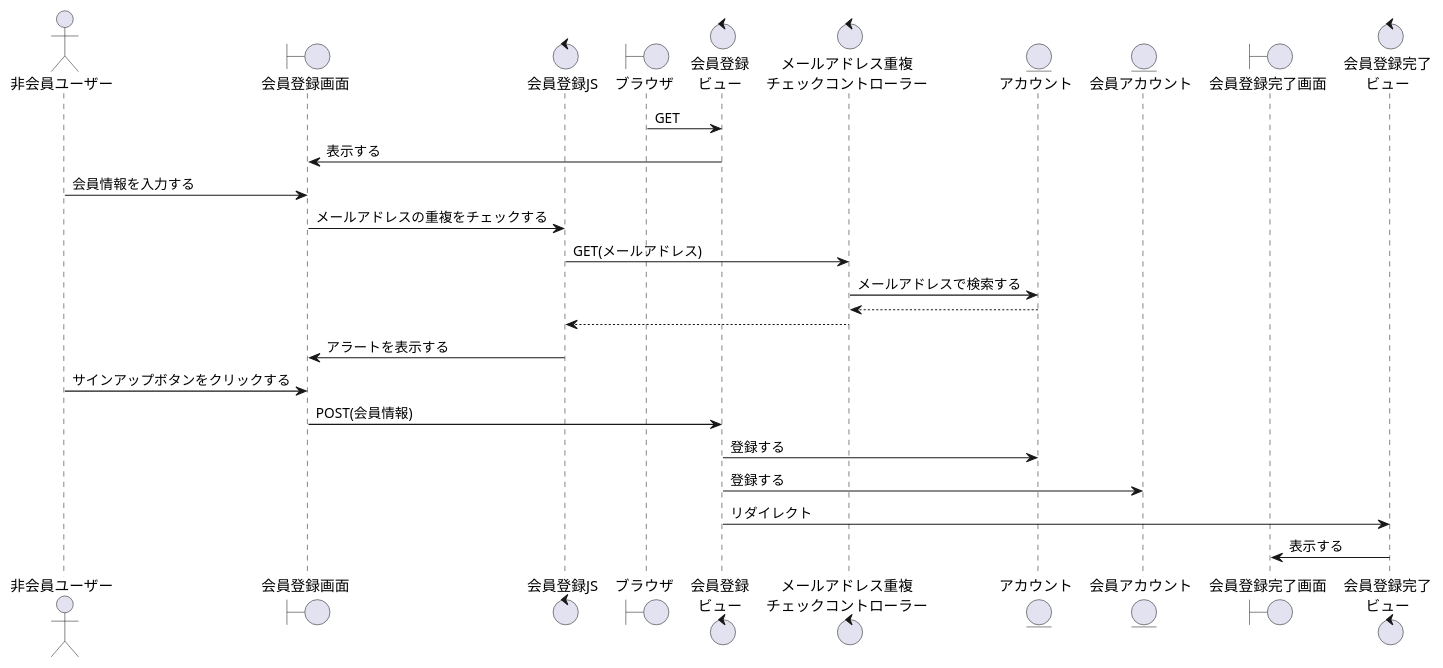
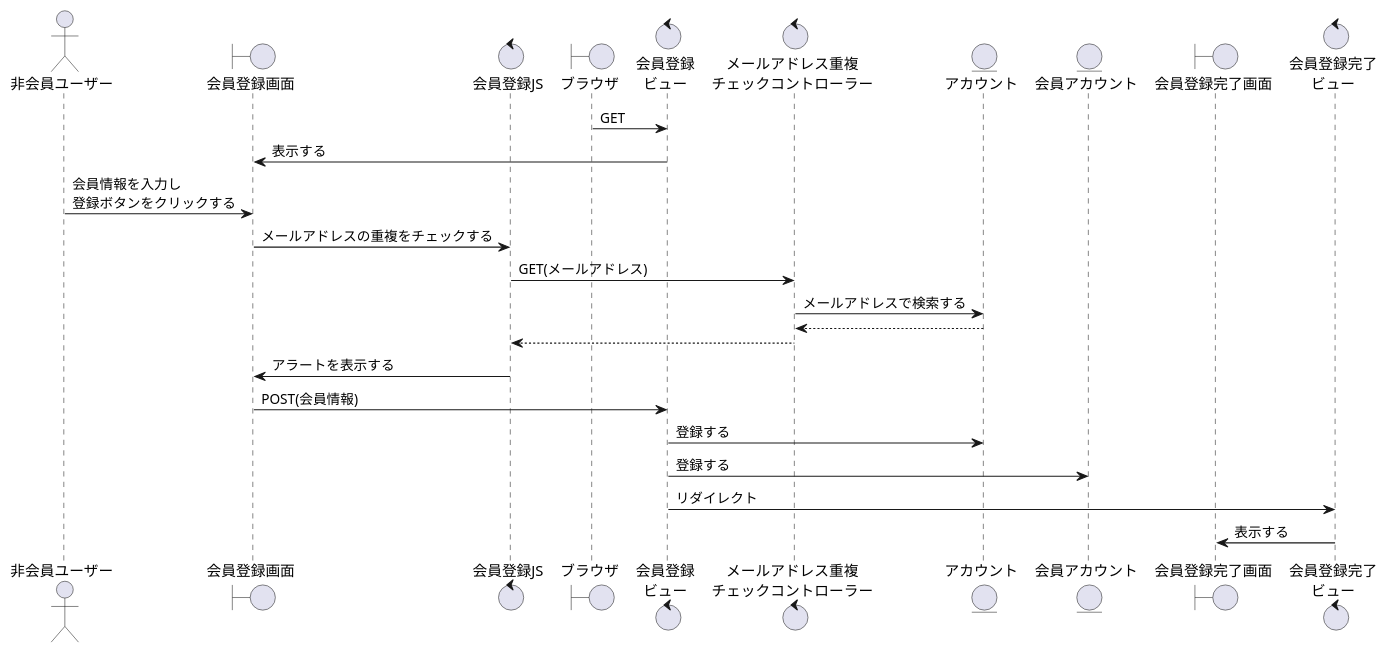
Before and after one commit to ysyk-wtnb16/team_D: the diagram in 卒業研究/会員登録.wsd, drawn with PlantUML. The commit also changed 11 other files, not shown here.

```diff
--- a/卒業研究/会員登録.wsd
+++ b/卒業研究/会員登録.wsd
@@ -1,28 +1,27 @@
-@startuml signup
-actor "非会員ユーザー" as act
-boundary "会員登録画面" as ktb
-control "会員登録JS" as ktj
-boundary "ブラウザ" as brz
-control "会員登録\nビュー" as ktc
-control "メールアドレス重複\nチェックコントローラー" as mcc
-entity "アカウント" as account
-entity "会員アカウント" as kaccount
-boundary "会員登録完了画面" as kkb
-control "会員登録完了\nビュー" as kkc
+' @startuml signup
+' actor "非会員ユーザー" as act
+' boundary "会員登録画面" as ktb
+' control "会員登録JS" as ktj
+' boundary "ブラウザ" as brz
+' control "会員登録\nビュー" as ktc
+' control "メールアドレス重複\nチェックコントローラー" as mcc
+' entity "アカウント" as account
+' entity "会員アカウント" as kaccount
+' boundary "会員登録完了画面" as kkb
+' control "会員登録完了\nビュー" as kkc
 
-brz -> ktc: GET
-ktb <- ktc: 表示する
-act -> ktb:会員情報を入力する
-ktb -> ktj: メールアドレスの重複をチェックする
-ktj -> mcc: GET(メールアドレス)
-mcc -> account: メールアドレスで検索する
-mcc <-- account
-ktj <-- mcc
-ktb <- ktj: アラートを表示する
-act -> ktb: サインアップボタンをクリックする
-ktb -> ktc: POST(会員情報)
-ktc -> account: 登録する
-ktc -> kaccount: 登録する
-ktc -> kkc: リダイレクト
-kkb <- kkc: 表示する
-@enduml
+' brz -> ktc: GET
+' ktb <- ktc: 表示する
+' act -> ktb:会員情報を入力し\n登録ボタンをクリックする
+' ktb -> ktj: メールアドレスの重複をチェックする
+' ktj -> mcc: GET(メールアドレス)
+' mcc -> account: メールアドレスで検索する
+' mcc <-- account
+' ktj <-- mcc
+' ktb <- ktj: アラートを表示する
+' ktb -> ktc: POST(会員情報)
+' ktc -> account: 登録する
+' ktc -> kaccount: 登録する
+' ktc -> kkc: リダイレクト
+' kkb <- kkc: 表示する
+' @enduml
```
